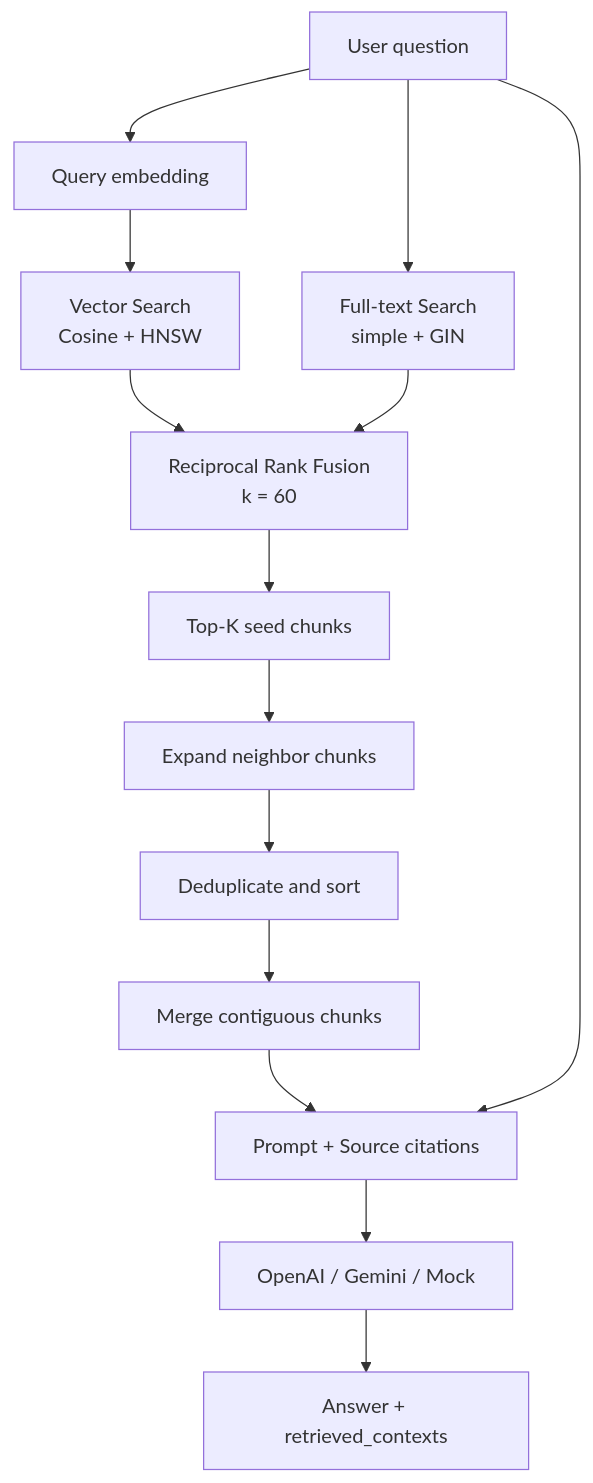
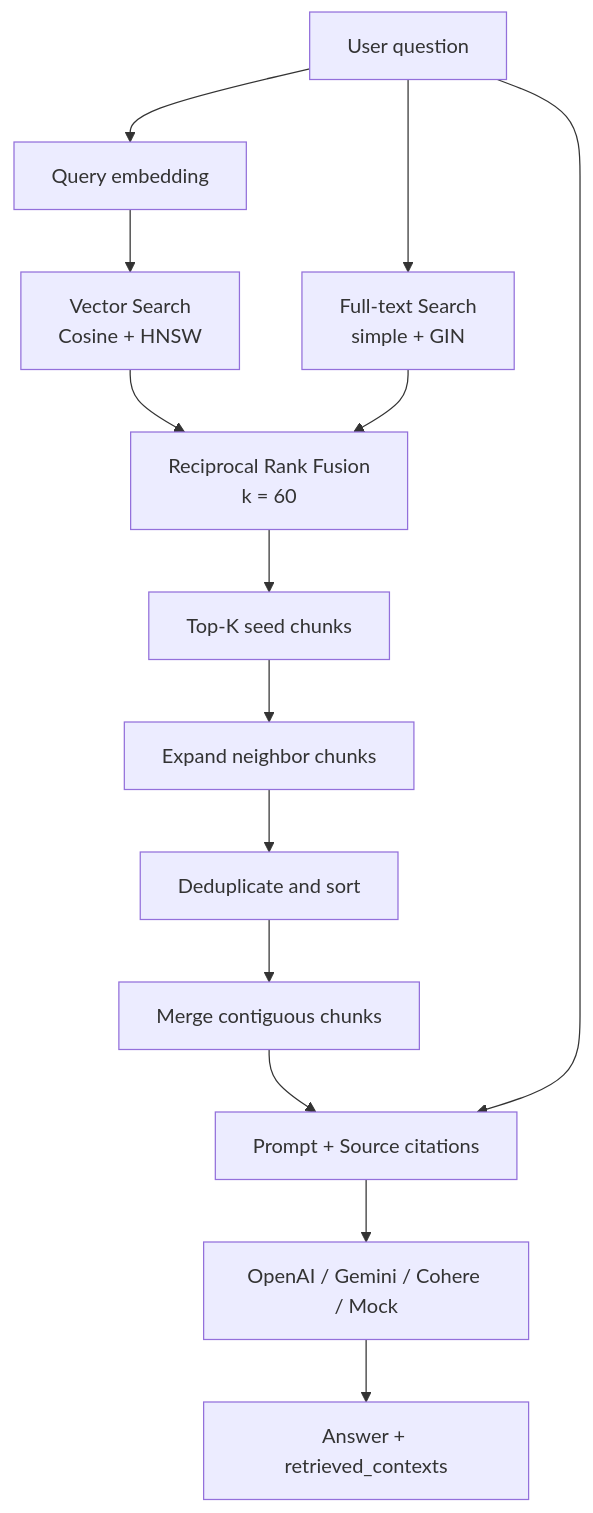
One commit to NDQuynh259/ragflow-api changed the fifth of 7 diagrams in docs/RAG_Architecture_Design.md. Above: the diagram before and after it, drawn with Mermaid. The commit also changed other lines of this file and 9 other files, not shown here.

Commit message:
feat: Add support for Cohere as an embedding and LLM provider, update configuration and documentation

````diff
--- a/docs/RAG_Architecture_Design.md
+++ b/docs/RAG_Architecture_Design.md
@@ -208,29 +208,29 @@
 ```mermaid
 flowchart TB
     Q[User question]
     QE[Query embedding]
     VS[Vector Search<br/>Cosine + HNSW]
     FTS[Full-text Search<br/>simple + GIN]
     RRF[Reciprocal Rank Fusion<br/>k = 60]
     TopK[Top-K seed chunks]
     Neighbor[Expand neighbor chunks]
     Deduplicate[Deduplicate and sort]
     Merge[Merge contiguous chunks]
     Prompt[Prompt + Source citations]
-    LLM[OpenAI / Gemini / Mock]
+    LLM[OpenAI / Gemini / Cohere / Mock]
     Answer[Answer + retrieved_contexts]
 
     Q --> QE
     QE --> VS
     Q --> FTS
     VS --> RRF
     FTS --> RRF
     RRF --> TopK
     TopK --> Neighbor
     Neighbor --> Deduplicate
     Deduplicate --> Merge
     Merge --> Prompt
     Q --> Prompt
     Prompt --> LLM
     LLM --> Answer
 ```
````
